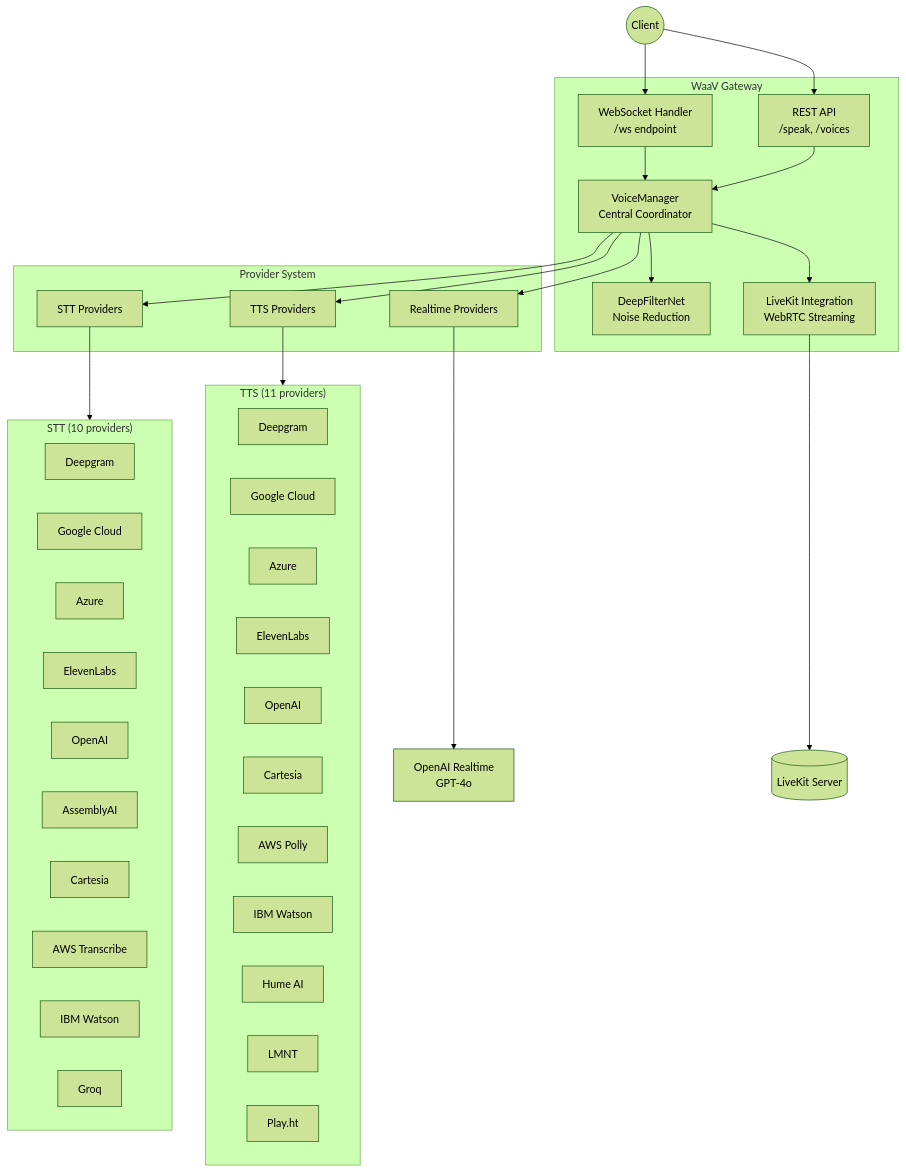
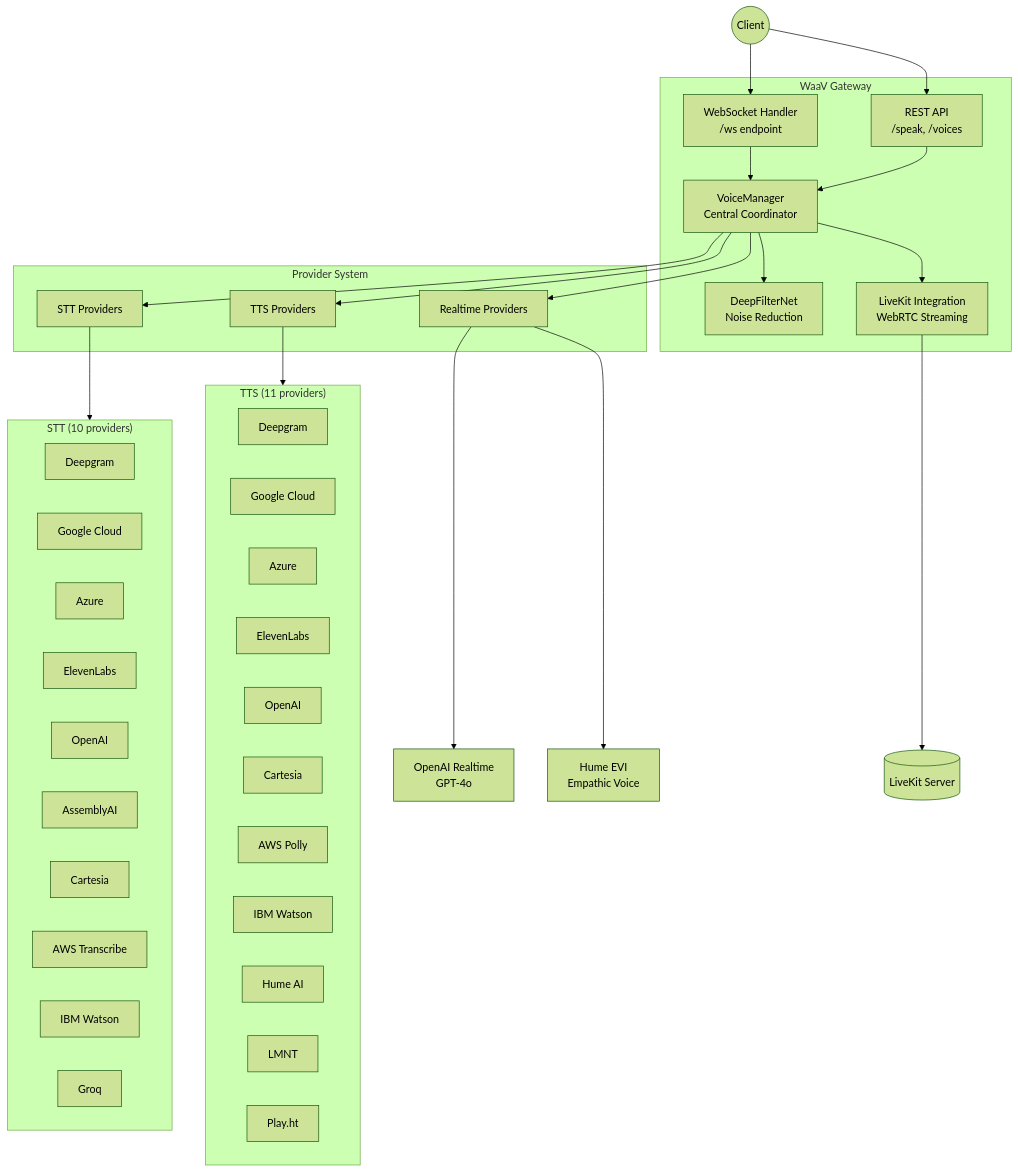
The first of 4 diagrams in gateway/README.md (BudEcosystem/WaaV), drawn with Mermaid (forest theme) before and after one commit. The commit also changed other lines of this file and 121 other files, not shown here.

````diff
--- a/gateway/README.md
+++ b/gateway/README.md
@@ -186,57 +218,58 @@
 ```mermaid
 graph TB
     subgraph Gateway["WaaV Gateway"]
         WS["WebSocket Handler<br/>/ws endpoint"]
         REST["REST API<br/>/speak, /voices"]
         VM["VoiceManager<br/>Central Coordinator"]
         NF["DeepFilterNet<br/>Noise Reduction"]
         LK["LiveKit Integration<br/>WebRTC Streaming"]
     end
 
     subgraph Providers["Provider System"]
         STT["STT Providers"]
         TTS["TTS Providers"]
         RT["Realtime Providers"]
     end
 
     subgraph STTList["STT (10 providers)"]
         DG_S["Deepgram"]
         GC_S["Google Cloud"]
         AZ_S["Azure"]
         EL_S["ElevenLabs"]
         OA_S["OpenAI"]
         AA_S["AssemblyAI"]
         CA_S["Cartesia"]
         AWS_S["AWS Transcribe"]
         IBM_S["IBM Watson"]
         GQ_S["Groq"]
     end
 
     subgraph TTSList["TTS (11 providers)"]
         DG_T["Deepgram"]
         GC_T["Google Cloud"]
         AZ_T["Azure"]
         EL_T["ElevenLabs"]
         OA_T["OpenAI"]
         CA_T["Cartesia"]
         AWS_T["AWS Polly"]
         IBM_T["IBM Watson"]
         HU_T["Hume AI"]
         LM_T["LMNT"]
         PH_T["Play.ht"]
     end
 
     Client((Client)) --> WS
     Client --> REST
     WS --> VM
     REST --> VM
     VM --> NF
     VM --> STT
     VM --> TTS
     VM --> RT
     VM --> LK
     STT --> STTList
     TTS --> TTSList
     RT --> OA_RT["OpenAI Realtime<br/>GPT-4o"]
+    RT --> HU_RT["Hume EVI<br/>Empathic Voice"]
     LK --> LiveKit[(LiveKit Server)]
 ```
````
